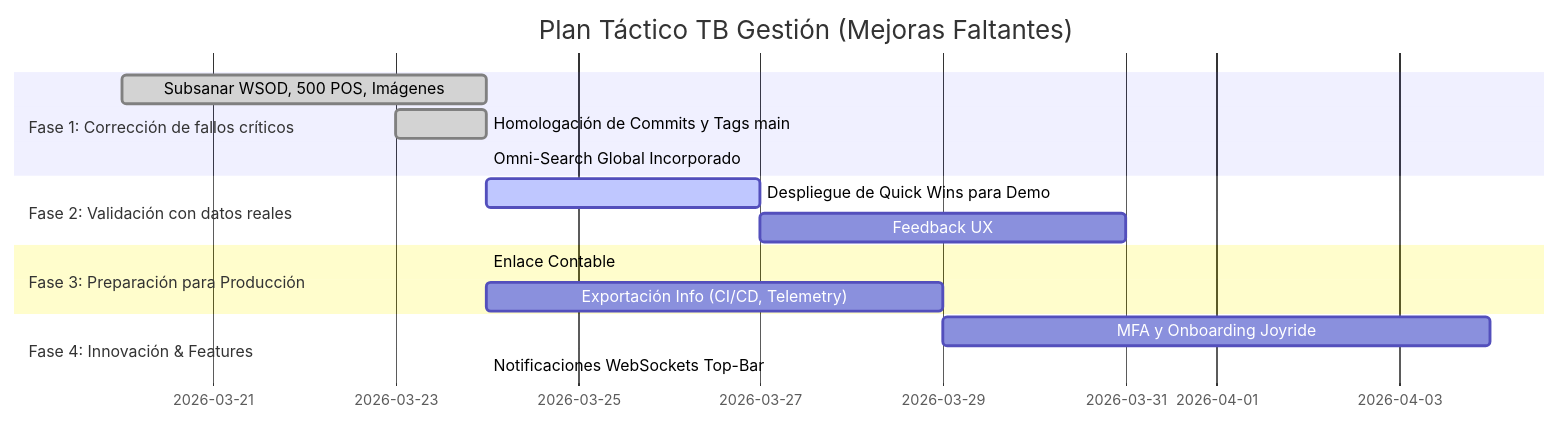
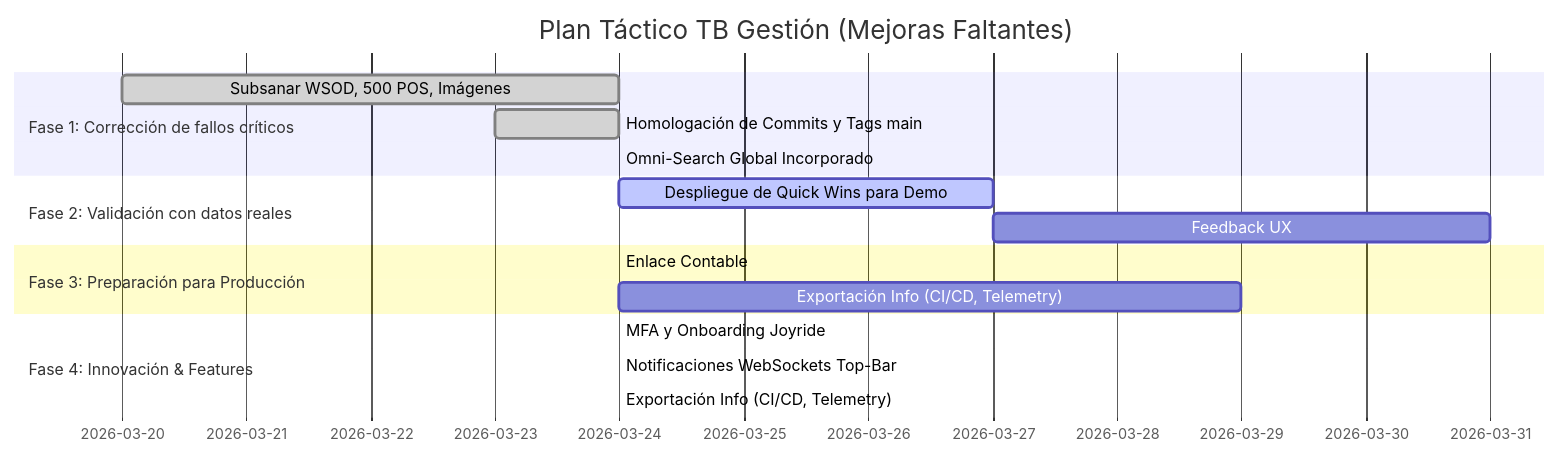
The diagram in docs/ROADMAP.md (blackhout12-bot/Sistema-StockPro), drawn with Mermaid before and after one commit. The commit also changed other lines of this file and 97 other files, not shown here.

````diff
--- a/docs/ROADMAP.md
+++ b/docs/ROADMAP.md
@@ -36,22 +36,23 @@
 ```mermaid
 gantt
     title Plan Táctico TB Gestión (Mejoras Faltantes)
     dateFormat  YYYY-MM-DD
     
     section Fase 1: Corrección de fallos críticos
     Subsanar WSOD, 500 POS, Imágenes       :done, f1, 2026-03-20, 2026-03-24
     Homologación de Commits y Tags main    :done, f2, 2026-03-23, 2026-03-24
     Omni-Search Global Incorporado         :done, f25, 2026-03-24, 2026-03-24
     
     section Fase 2: Validación con datos reales
     Despliegue de Quick Wins para Demo     :active, f3, 2026-03-24, 3d
     Feedback UX                            :f4, after f3, 4d
     
     section Fase 3: Preparación para Producción
     Enlace Contable                        :done, f30, 2026-03-24, 2026-03-24
     Exportación Info (CI/CD, Telemetry)    :f4, after f30, 5d
     
     section Fase 4: Innovación & Features
-    MFA y Onboarding Joyride               :f5, after f4, 6d
+    MFA y Onboarding Joyride               :done, f31, 2026-03-24, 2026-03-24
     Notificaciones WebSockets Top-Bar      :done, f30, 2026-03-24, 2026-03-24
+    Exportación Info (CI/CD, Telemetry)    :done, f32, 2026-03-24, 2026-03-24
 ```
````
